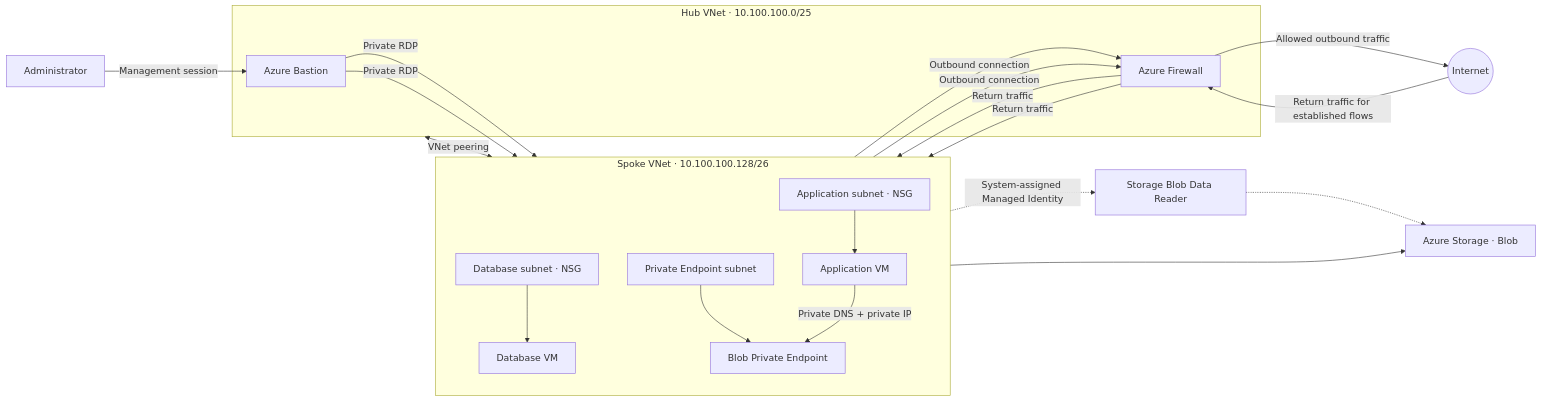
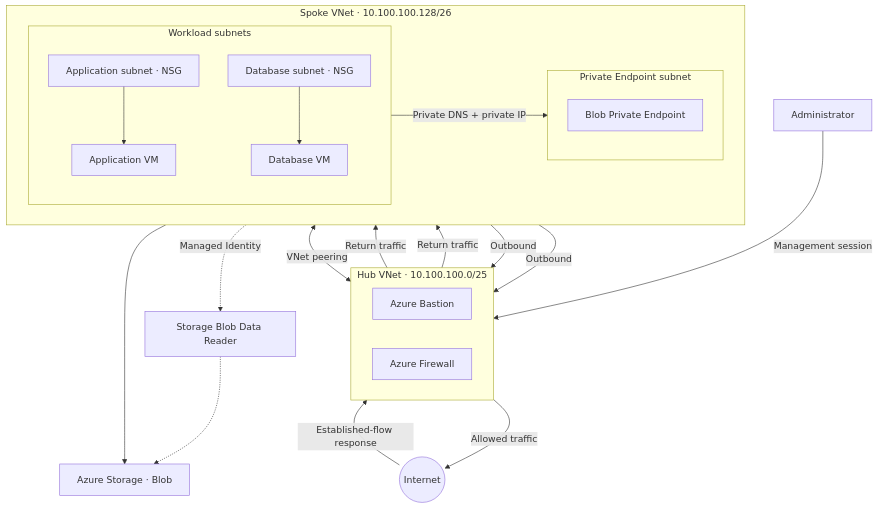
Before and after one commit to tee-koo/Azure-Security-Labs: the diagram in Hub-and-Spoke-Network/README.md, drawn with Mermaid.

Commit message:
Make Hub-Spoke architecture diagram fit page width

````diff
--- a/Hub-and-Spoke-Network/README.md
+++ b/Hub-and-Spoke-Network/README.md
@@ -26,44 +26,38 @@
 ```mermaid
-flowchart LR
-    Admin[Administrator]
+flowchart TB
+    Admin[Administrator] -->|Management session| Bastion
 
     subgraph Hub["Hub VNet · 10.100.100.0/25"]
+        direction LR
         Bastion[Azure Bastion]
         Firewall[Azure Firewall]
     end
 
     subgraph Spoke["Spoke VNet · 10.100.100.128/26"]
-        direction TB
-        AppSubnet["Application subnet · NSG"]
-        DbSubnet["Database subnet · NSG"]
-        PESubnet["Private Endpoint subnet"]
-        AppVM[Application VM]
-        DbVM[Database VM]
-        PE[Blob Private Endpoint]
-        AppSubnet --> AppVM
-        DbSubnet --> DbVM
-        PESubnet --> PE
+        direction LR
+        subgraph Workloads["Workload subnets"]
+            direction TB
+            AppSubnet["Application subnet · NSG"] --> AppVM[Application VM]
+            DbSubnet["Database subnet · NSG"] --> DbVM[Database VM]
+        end
+        subgraph PrivateAccess["Private Endpoint subnet"]
+            direction TB
+            PE[Blob Private Endpoint]
+        end
     end
-
-    Storage[Azure Storage · Blob]
-    Internet((Internet))
-
-    Admin -->|Management session| Bastion
-    Bastion -->|Private RDP| AppVM
-    Bastion -->|Private RDP| DbVM
 
     Hub <-->|VNet peering| Spoke
 
-    AppVM -->|Outbound connection| Firewall
-    DbVM -->|Outbound connection| Firewall
-    Firewall -->|Allowed outbound traffic| Internet
-    Internet -->|Return traffic for established flows| Firewall
+    AppVM -->|Outbound| Firewall
+    DbVM -->|Outbound| Firewall
+    Firewall -->|Allowed traffic| Internet((Internet))
+    Internet -->|Established-flow response| Firewall
     Firewall -->|Return traffic| AppVM
     Firewall -->|Return traffic| DbVM
 
     AppVM -->|Private DNS + private IP| PE
-    PE --> Storage
+    PE --> Storage[Azure Storage · Blob]
 
-    AppVM -.->|System-assigned Managed Identity| BlobRole["Storage Blob Data Reader"]
+    AppVM -.->|Managed Identity| BlobRole["Storage Blob Data Reader"]
     BlobRole -.-> Storage
 ```
````
